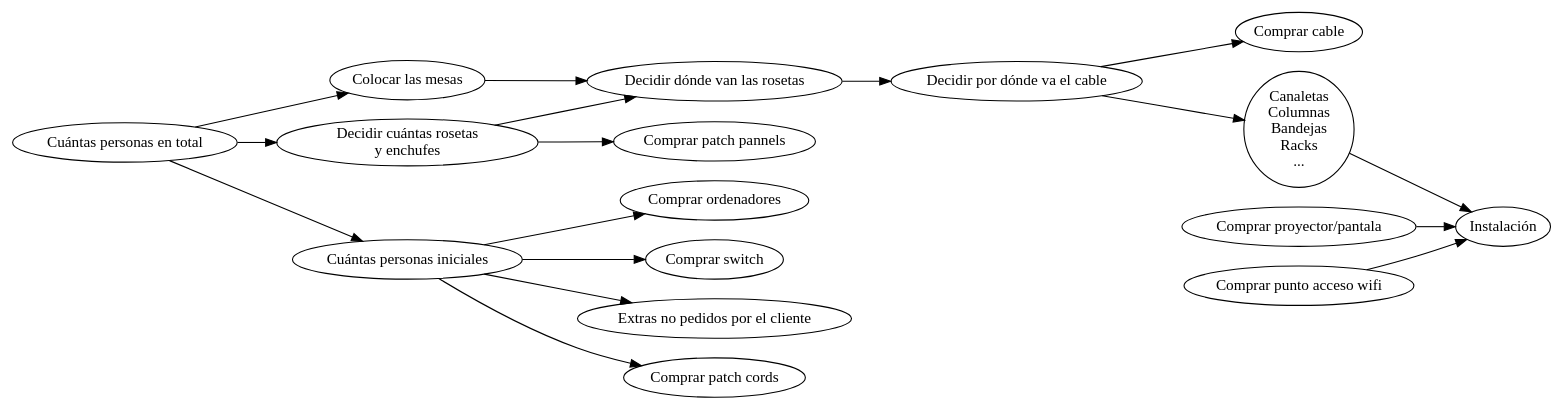
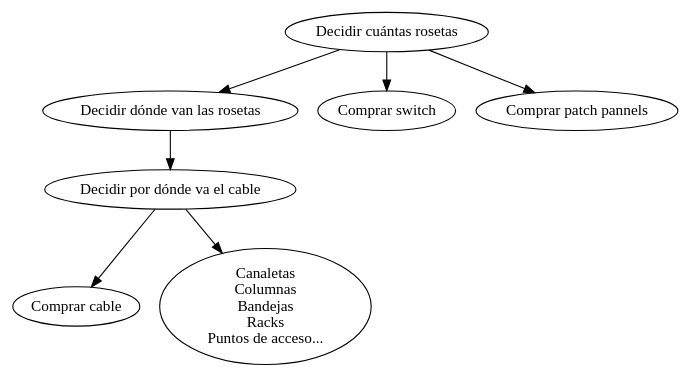
One commit to alvarogonzalezsotillo/apuntes-clase changed the diagram in planificacion-administracion-redes-asir1/apuntes/2/par-2-practica-cableado-oficina-guiada.org. Above: the diagram before and after it, drawn with Graphviz. The commit also changed other lines of this file and 5 other files, not shown here.

```diff
--- a/planificacion-administracion-redes-asir1/apuntes/2/par-2-practica-cableado-oficina-guiada.org
+++ b/planificacion-administracion-redes-asir1/apuntes/2/par-2-practica-cableado-oficina-guiada.org
@@ -76,29 +76,20 @@
 #+BEGIN_SRC dot :file ./media/tareas-en-la-practica.pdf :exports results :cmd dot :cmdline -Tpdf
 digraph {
   compound=true
   label=""
   node [shape="ellipse",margin=0];
-  rankdir=LR;
+  rankdir=TD;
 
 
-  "Cuántas personas en total" ->   "Decidir cuántas rosetas\n y enchufes"
-  "Cuántas personas en total" -> "Cuántas personas iniciales"
-  "Decidir cuántas rosetas\n y enchufes" -> "Decidir dónde van las rosetas"
-  "Cuántas personas en total" -> "Colocar las mesas"
-  "Cuántas personas iniciales" -> "Comprar ordenadores"
-  "Cuántas personas iniciales" -> "Comprar switch"
-  "Cuántas personas iniciales" -> "Extras no pedidos por el cliente"
+  "Decidir cuántas rosetas" -> "Decidir dónde van las rosetas"
+  "Decidir cuántas rosetas" -> "Comprar switch"
   "Decidir dónde van las rosetas" -> "Decidir por dónde va el cable"
   "Decidir por dónde va el cable" -> "Comprar cable"
-  "Decidir por dónde va el cable" -> "Canaletas\nColumnas\nBandejas\nRacks\n..." -> "Instalación"
-  "Colocar las mesas" -> "Decidir dónde van las rosetas"
-  "Decidir cuántas rosetas\n y enchufes" -> "Comprar patch pannels"
-  "Cuántas personas iniciales" -> "Comprar patch cords"
-  "Comprar proyector/pantala" -> "Instalación"
-  "Comprar punto acceso wifi" -> "Instalación"
+  "Decidir por dónde va el cable" -> "Canaletas\nColumnas\nBandejas\nRacks\nPuntos de acceso..."
+  "Decidir cuántas rosetas" -> "Comprar patch pannels"
                 
 
                 
 }
 
 #+end_src
```
